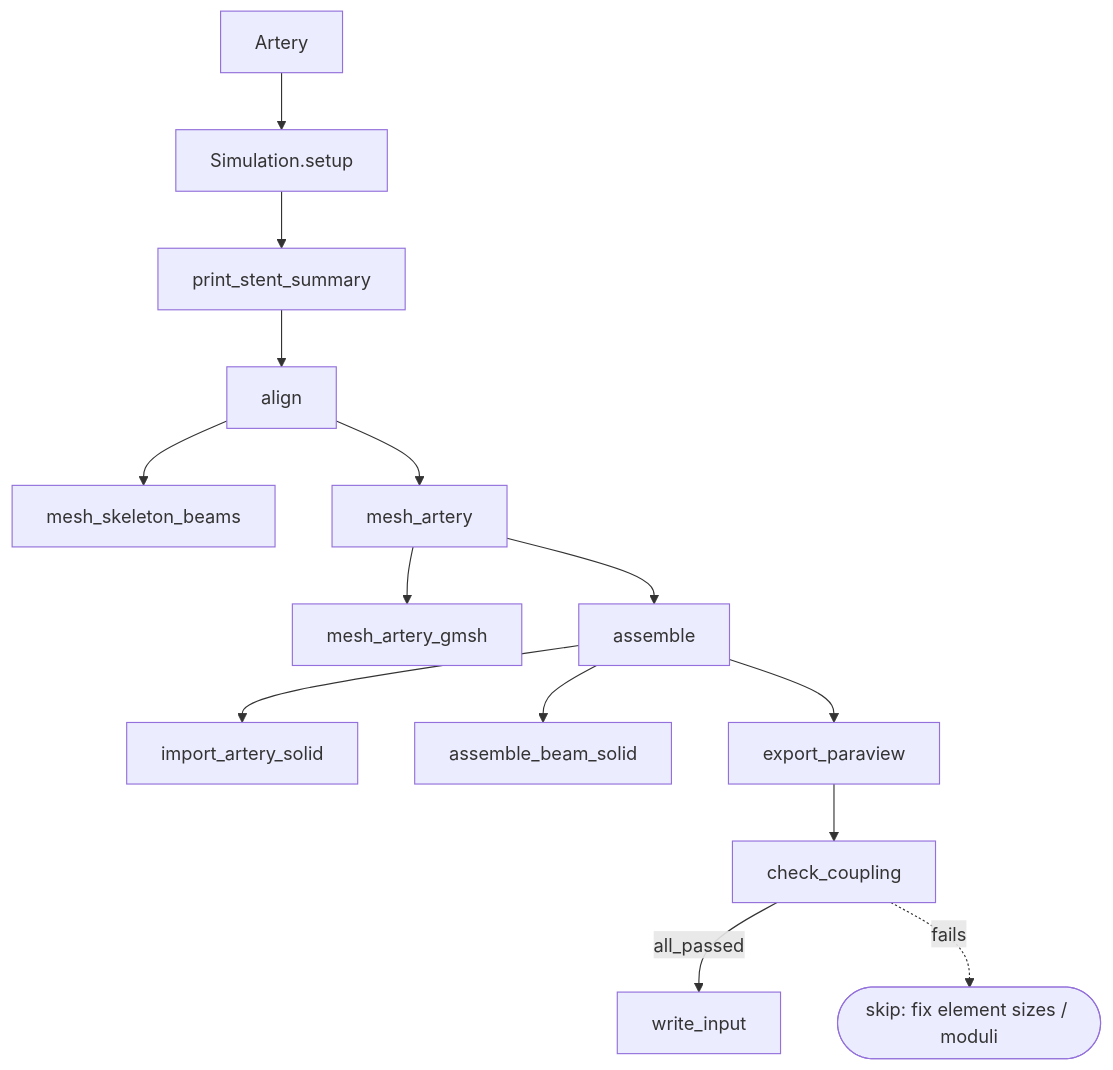
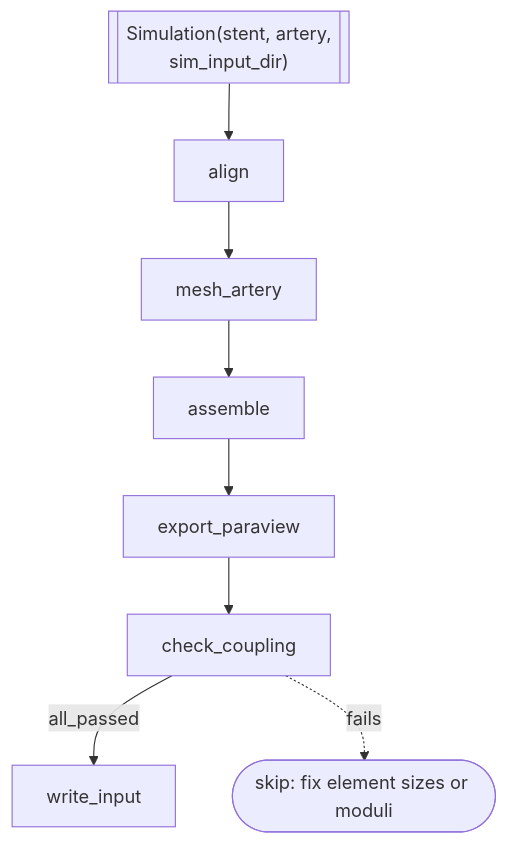
Before and after one commit to VuralAktas/stentFIT: the third of 3 diagrams in docs/workflow.md, drawn with Mermaid. The commit also changed other lines of this file, not shown here.

````diff
--- a/docs/workflow.md
+++ b/docs/workflow.md
@@ -78,16 +149,10 @@
 ```{mermaid}
 graph TD
-    A[Artery] --> S[Simulation.setup]
-    S --> S1[print_stent_summary]
-    S1 --> S2[align]
-    S2 --> S2a[mesh_skeleton_beams]
-    S2 --> S3[mesh_artery]
-    S3 --> S3a[mesh_artery_gmsh]
-    S3 --> S4[assemble]
-    S4 --> S4a[import_artery_solid]
-    S4 --> S4b[assemble_beam_solid]
-    S4 --> S5[export_paraview]
-    S5 --> S6[check_coupling]
-    S6 -->|all_passed| S7[write_input]
-    S6 -.->|fails| S8([skip: fix element sizes / moduli])
+    I[["Simulation(stent, artery,<br/>sim_input_dir)"]] --> A[align]
+    A --> B[mesh_artery]
+    B --> C[assemble]
+    C --> D[export_paraview]
+    D --> E[check_coupling]
+    E -->|all_passed| F[write_input]
+    E -.->|fails| X([skip: fix element sizes or moduli])
 ```
````
